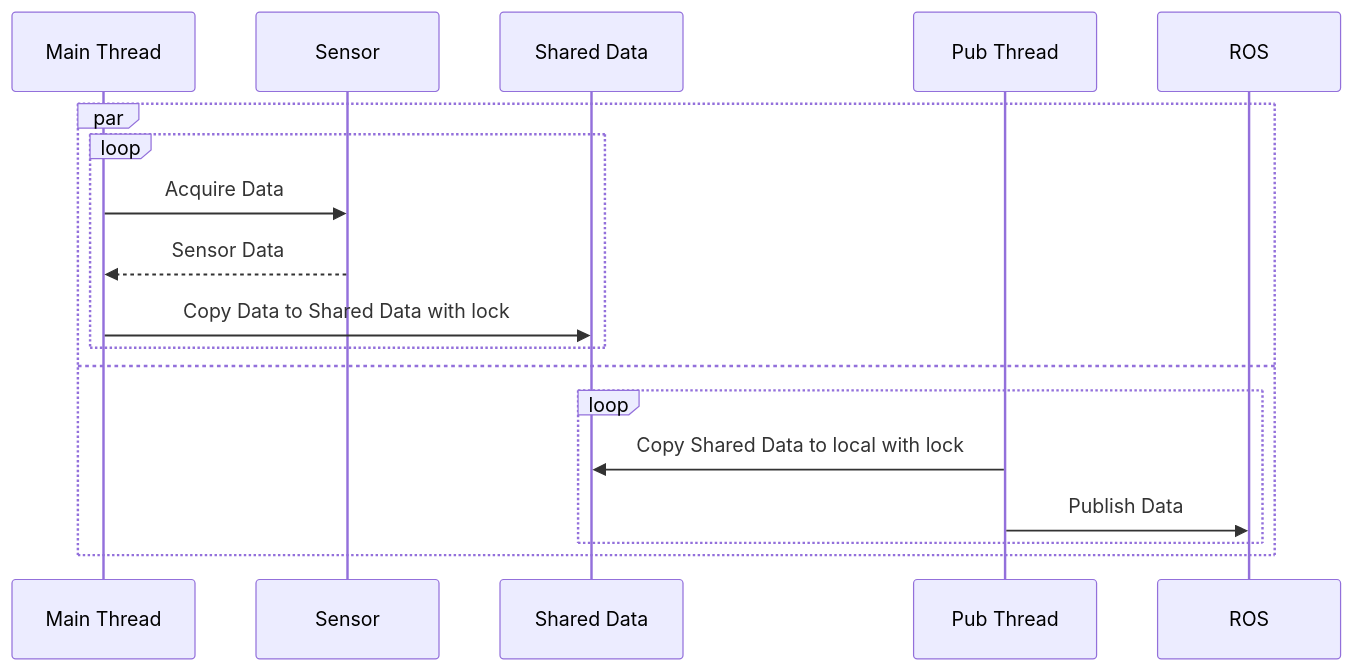
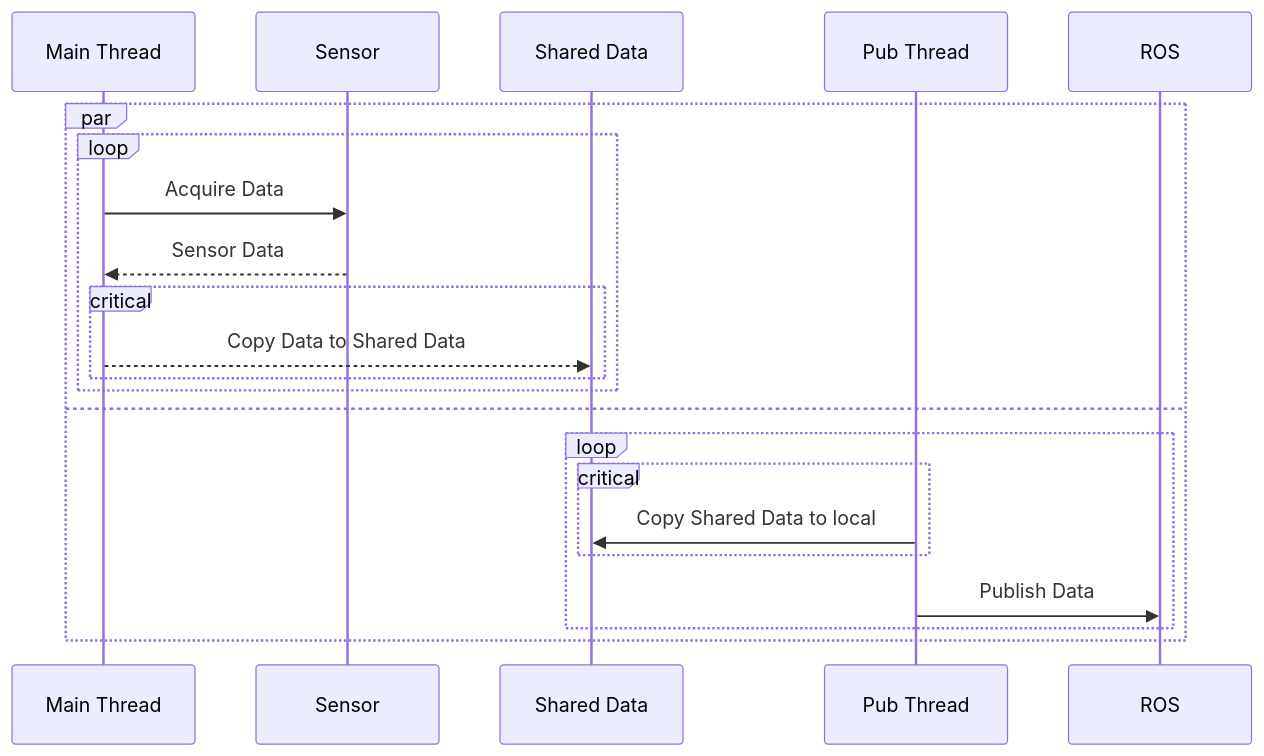
One commit to bosornd/sensor-node changed the first of 4 diagrams in doc/AD_001. Enhancing sensor data processing performance.md. Above: the diagram before and after it, drawn with Mermaid. The commit also changed other lines of this file, not shown here.

Commit message:
Re-write document with AI

````diff
--- a/doc/AD_001. Enhancing sensor data processing performance.md
+++ b/doc/AD_001. Enhancing sensor data processing performance.md
@@ -8,30 +8,32 @@
 ```mermaid
 %%{
     init: {
         "sequence": {
             "mirrorActors": "false"
         }
     }
 }%%
 sequenceDiagram
     participant Main as Main Thread
     participant Sensor
     participant Shared as Shared Data
     participant Pub as Pub Thread
     participant ROS
 
     par
         loop
             Main->>Sensor: Acquire Data
             Sensor-->>Main: Sensor Data
-
-            Main->>Shared: Copy Data to Shared Data with lock
+            critical
+                Main-->>Shared: Copy Data to Shared Data
+            end
         end
     and
         loop
-            Pub->>Shared: Copy Shared Data to local with lock
+            critical
+                Pub->>Shared: Copy Shared Data to local
+            end
             Pub->>ROS: Publish Data
         end
     end
-
 ```
````
